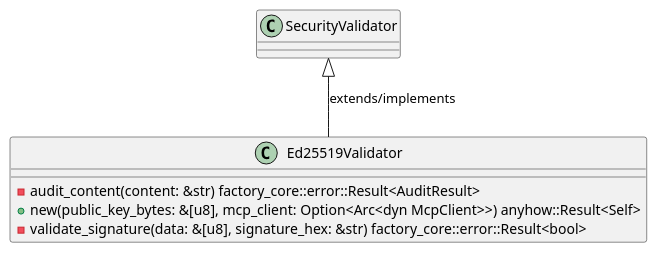
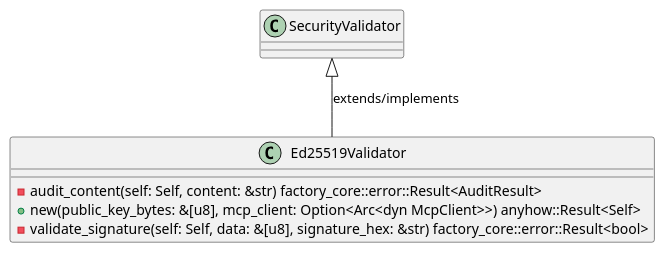
The first of 6 diagrams in openwiki/crates_factory_infrastructure_src_security_validator.md (lgcorzo/rust_CACD_autonomous_factory), drawn with PlantUML before and after one commit. The commit also changed other lines of this file and 95 other files, not shown here.

````diff
--- a/openwiki/crates_factory_infrastructure_src_security_validator.md
+++ b/openwiki/crates_factory_infrastructure_src_security_validator.md
@@ -78,11 +78,11 @@
 ```plantuml
 @startuml
 class Ed25519Validator {
-    -audit_content(content: &str) factory_core::error::Result<AuditResult>
+    -audit_content(self: Self, content: &str) factory_core::error::Result<AuditResult>
     +new(public_key_bytes: &[u8], mcp_client: Option<Arc<dyn McpClient>>) anyhow::Result<Self>
-    -validate_signature(data: &[u8], signature_hex: &str) factory_core::error::Result<bool>
+    -validate_signature(self: Self, data: &[u8], signature_hex: &str) factory_core::error::Result<bool>
 }
 SecurityValidator <|-- Ed25519Validator : extends/implements
 @enduml
 
 ```
````
